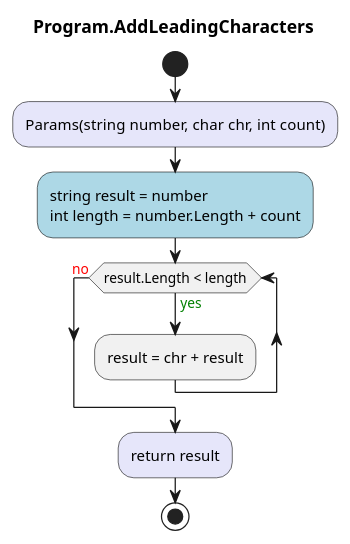
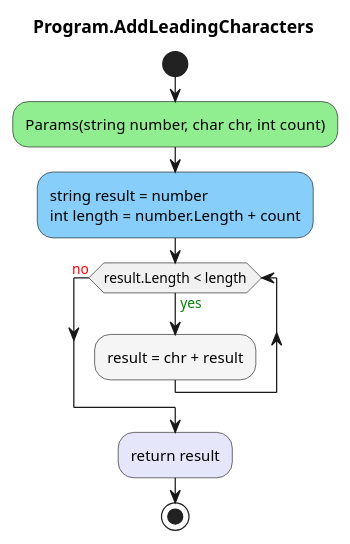
The diagram in AddBigInteger.ConApp/diagrams/ac_Program_AddLeadingCharacters.puml (leoggehrer/2324-34_ABIF_ACIF_POSE), drawn with PlantUML before and after one commit. The commit also changed 11 other files, not shown here.

Commit message:
Tested sequence diagrams.

```diff
--- a/AddBigInteger.ConApp/diagrams/ac_Program_AddLeadingCharacters.puml
+++ b/AddBigInteger.ConApp/diagrams/ac_Program_AddLeadingCharacters.puml
@@ -1,12 +1,12 @@
 @startuml Program.AddLeadingCharacters
 title Program.AddLeadingCharacters
 start
-#Lavender:Params(string number, char chr, int count);
-#LightBlue:string result = number
+#LightGreen:Params(string number, char chr, int count);
+#LightSkyBlue:string result = number
 int length = number.Length + count;
 while (result.Length < length) is (<color:green>yes)
-    :result = chr + result;
+    #WhiteSmoke:result = chr + result;
 endwhile (<color:red>no)
 #Lavender:return result;
 stop
 @enduml
```
